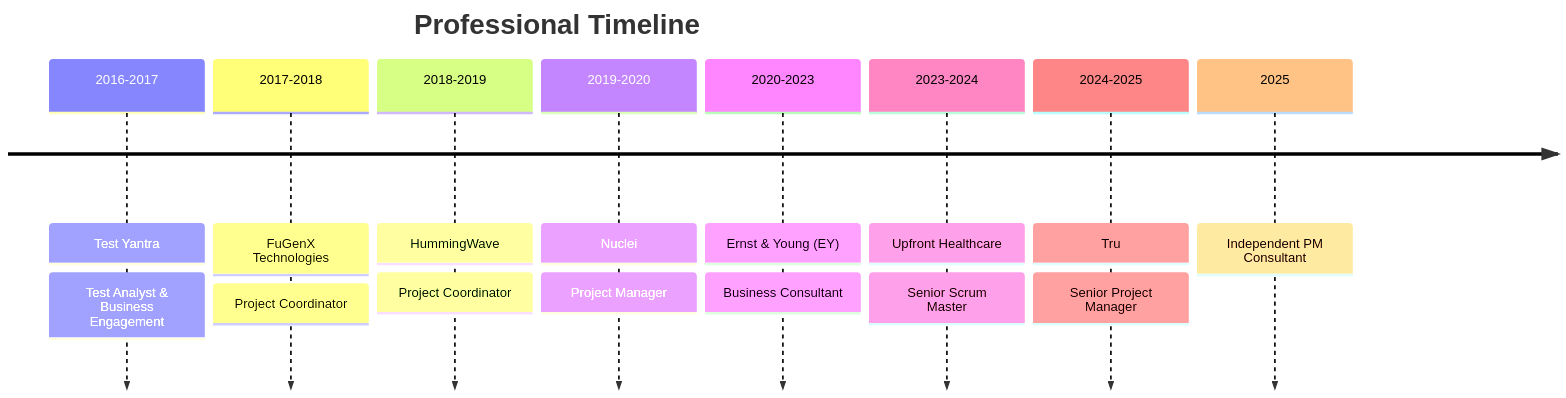
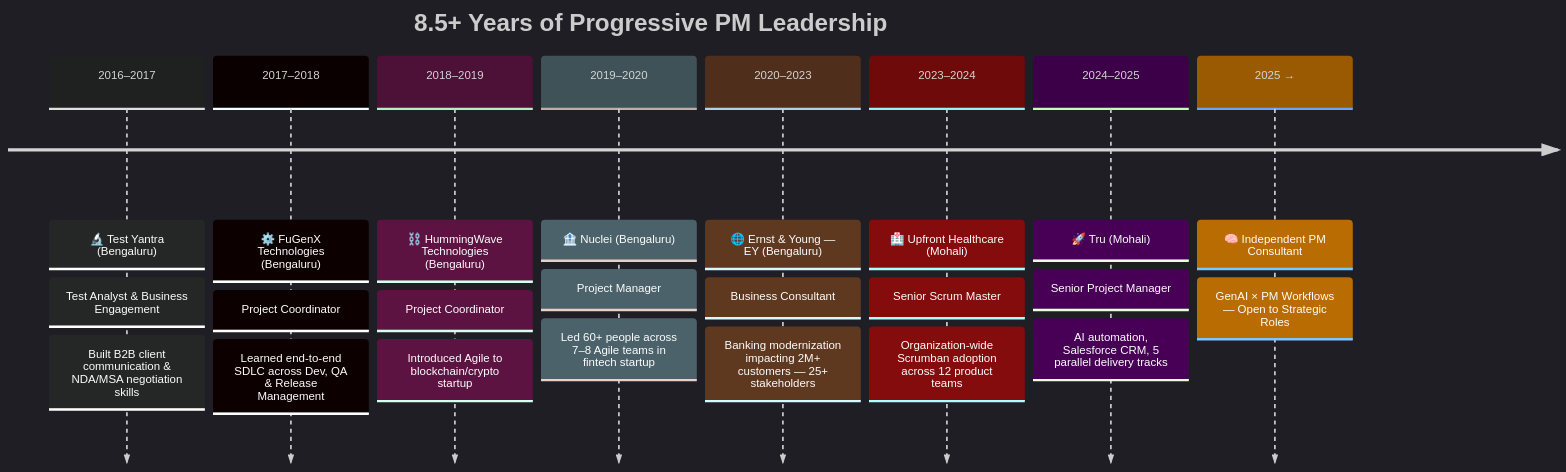
Before and after one commit to devenkashyap/devenkashyap: the diagram in README.md, drawn with Mermaid. The commit also changed other lines of this file, not shown here.

````diff
--- a/README.md
+++ b/README.md
@@ -19,12 +58,28 @@
 ```mermaid
+%%{init: { 'theme': 'dark', 'themeVariables': { 'fontSize': '14px' } }}%%
 timeline
-    title Professional Timeline
-    2016-2017 : Test Yantra : Test Analyst & Business Engagement
-    2017-2018 : FuGenX Technologies : Project Coordinator
-    2018-2019 : HummingWave : Project Coordinator
-    2019-2020 : Nuclei : Project Manager
-    2020-2023 : Ernst & Young (EY) : Business Consultant
-    2023-2024 : Upfront Healthcare : Senior Scrum Master
-    2024-2025 : Tru : Senior Project Manager
-    2025 : Independent PM Consultant
+    title 8.5+ Years of Progressive PM Leadership
+    2016–2017 : 🔬 Test Yantra (Bengaluru)
+              : Test Analyst & Business Engagement
+              : Built B2B client communication & NDA/MSA negotiation skills
+    2017–2018 : ⚙️ FuGenX Technologies (Bengaluru)
+              : Project Coordinator
+              : Learned end-to-end SDLC across Dev, QA & Release Management
+    2018–2019 : ⛓️ HummingWave Technologies (Bengaluru)
+              : Project Coordinator
+              : Introduced Agile to blockchain/crypto startup
+    2019–2020 : 🏦 Nuclei (Bengaluru)
+              : Project Manager
+              : Led 60+ people across 7–8 Agile teams in fintech startup
+    2020–2023 : 🌐 Ernst & Young — EY (Bengaluru)
+              : Business Consultant
+              : Banking modernization impacting 2M+ customers — 25+ stakeholders
+    2023–2024 : 🏥 Upfront Healthcare (Mohali)
+              : Senior Scrum Master
+              : Organization-wide Scrumban adoption across 12 product teams
+    2024–2025 : 🚀 Tru (Mohali)
+              : Senior Project Manager
+              : AI automation, Salesforce CRM, 5 parallel delivery tracks
+    2025 →    : 🧠 Independent PM Consultant
+              : GenAI × PM Workflows — Open to Strategic Roles
 ```
````
